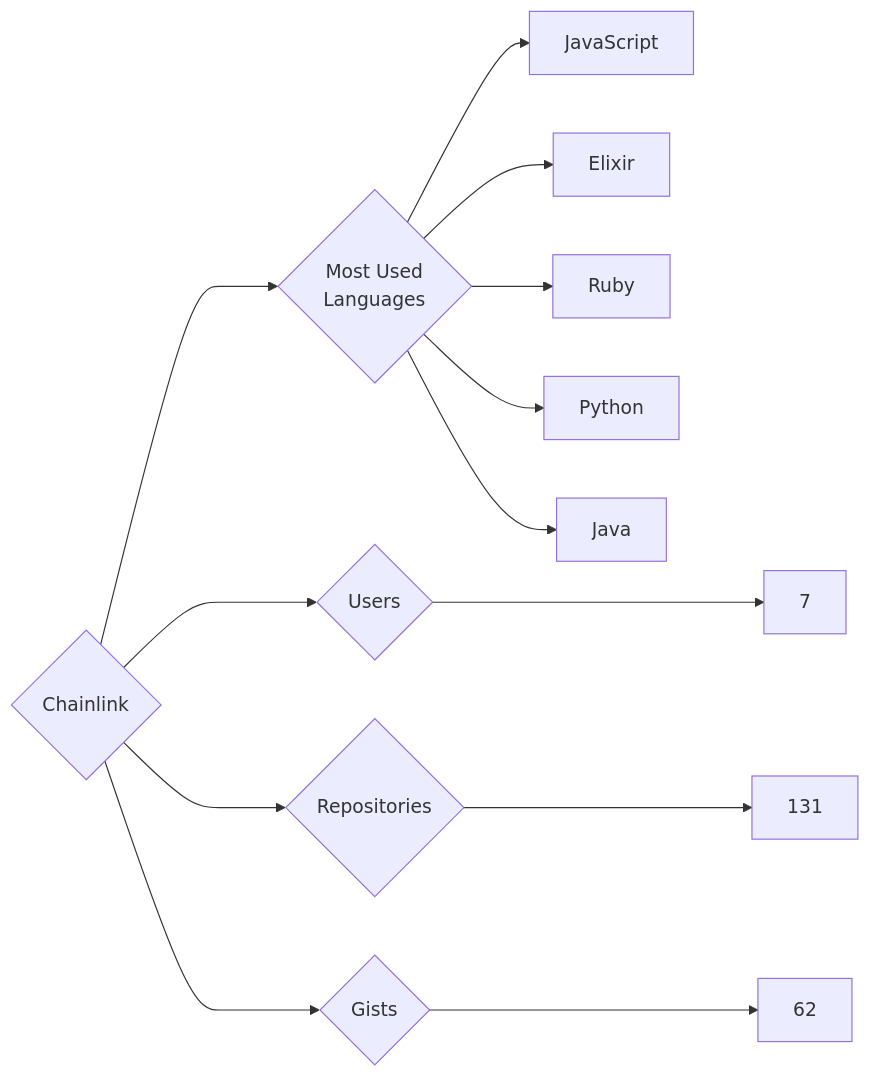
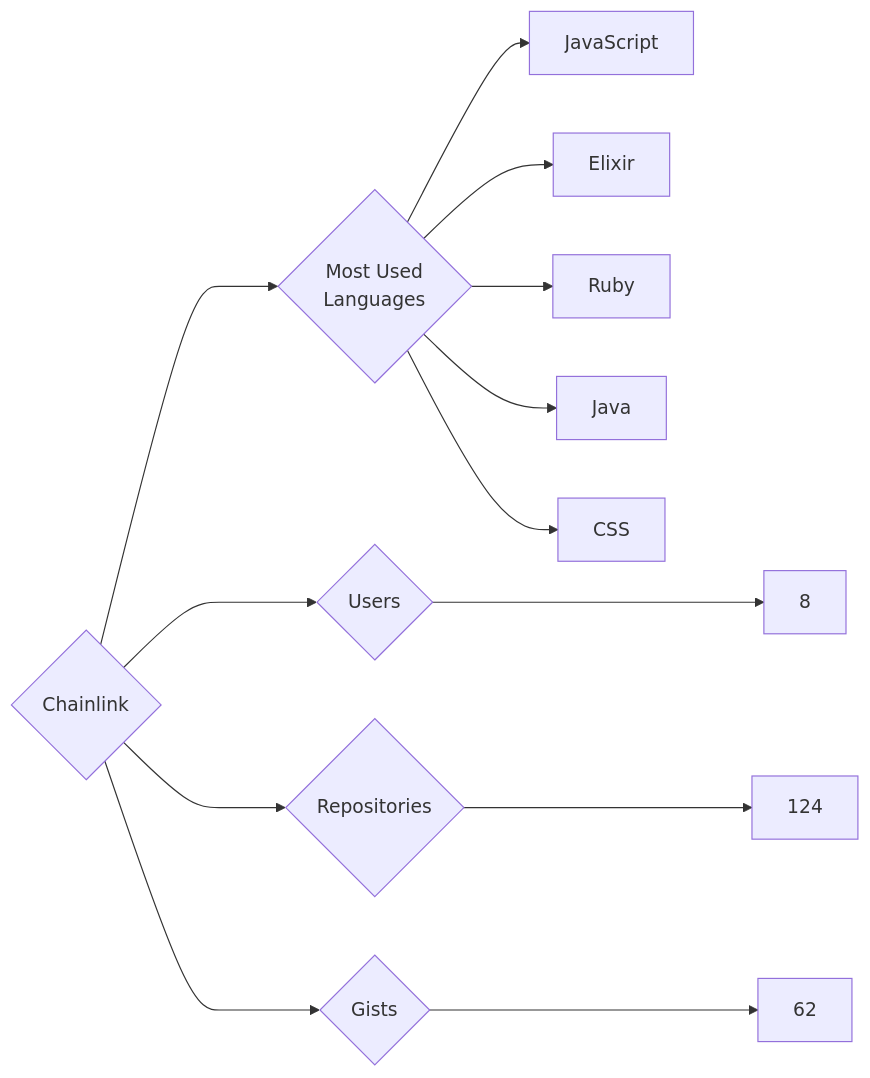
One commit to trickest/insiders changed the diagram in targets/Chainlink/README.md. Above: the diagram before and after it, drawn with Mermaid. The commit also changed 1003 other files, not shown here.

````diff
--- a/targets/Chainlink/README.md
+++ b/targets/Chainlink/README.md
@@ -3,13 +3,13 @@
 ```mermaid
 graph LR
 COMPANY_NAME{Chainlink}
-COMPANY_NAME ---> U{Users} ---> UN[7]
-COMPANY_NAME ---> R{Repositories} ---> RN[131]
+COMPANY_NAME ---> U{Users} ---> UN[8]
+COMPANY_NAME ---> R{Repositories} ---> RN[124]
 COMPANY_NAME ---> G{Gists} ---> GN[62]
 COMPANY_NAME ---> ML{Most Used<br>Languages}
 ML --> JavaScript[JavaScript]
 ML --> Elixir[Elixir]
 ML --> Ruby[Ruby]
-ML --> Python[Python]
 ML --> Java[Java]
+ML --> CSS[CSS]
 ```
````
